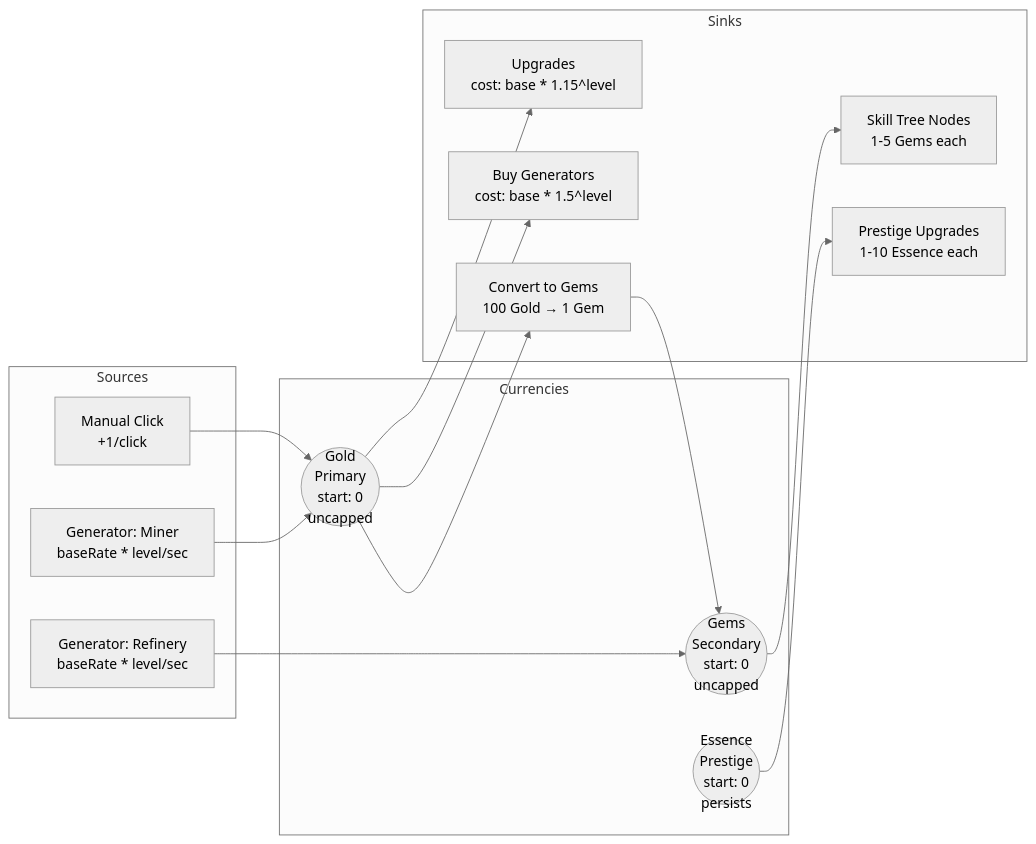
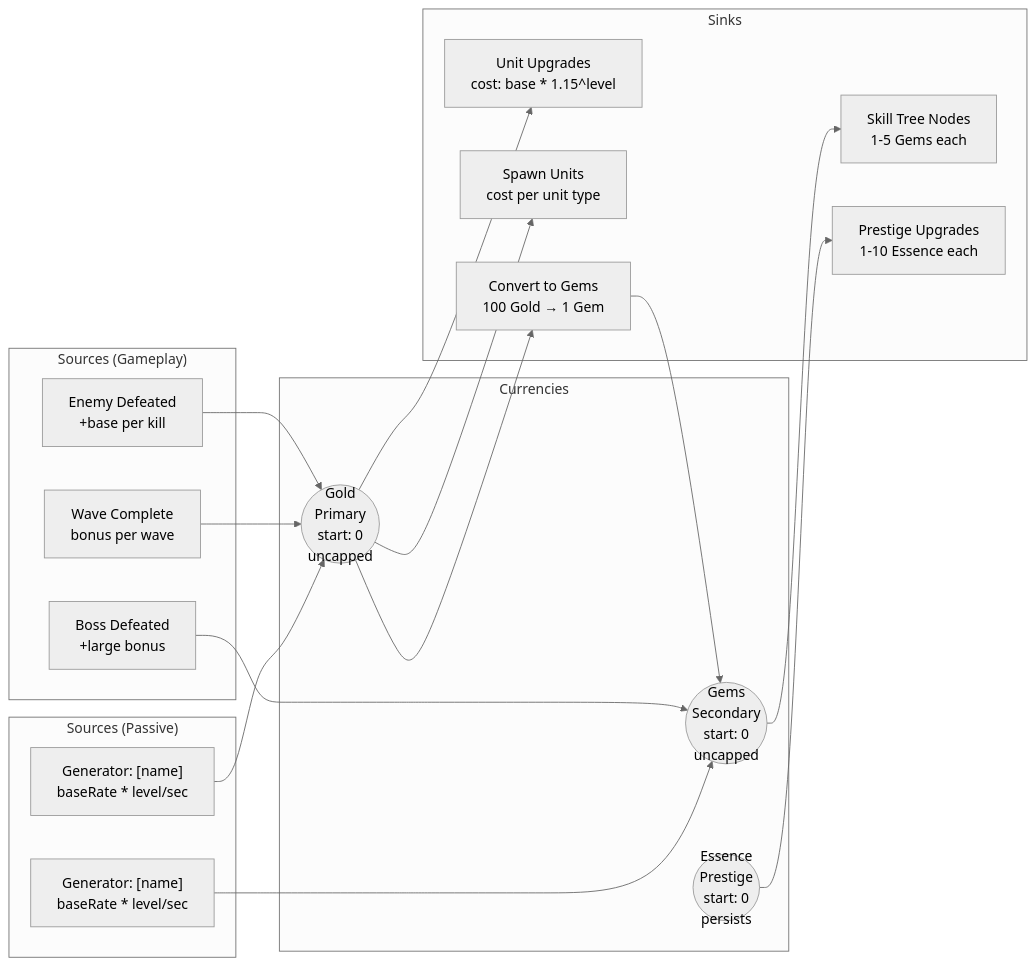
One commit to J-Gierend/gamePocGen changed the first of 5 diagrams in prompts/phase2-gdd/currencies.md. Above: the diagram before and after it, drawn with Mermaid (neutral theme). The commit also changed other lines of this file and 9 other files, not shown here.

````diff
--- a/prompts/phase2-gdd/currencies.md
+++ b/prompts/phase2-gdd/currencies.md
@@ -46,30 +50,36 @@
 ```mermaid
 flowchart LR
-    subgraph "Sources"
-        Click["Manual Click\n+1/click"]
-        Gen1["Generator: Miner\nbaseRate * level/sec"]
-        Gen2["Generator: Refinery\nbaseRate * level/sec"]
+    subgraph "Sources (Gameplay)"
+        EnemyKill["Enemy Defeated\n+base per kill"]
+        WaveComplete["Wave Complete\nbonus per wave"]
+        BossKill["Boss Defeated\n+large bonus"]
+    end
+    subgraph "Sources (Passive)"
+        Gen1["Generator: [name]\nbaseRate * level/sec"]
+        Gen2["Generator: [name]\nbaseRate * level/sec"]
     end
     subgraph "Currencies"
         Gold((Gold\nPrimary\nstart: 0\nuncapped))
         Gems((Gems\nSecondary\nstart: 0\nuncapped))
         Essence((Essence\nPrestige\nstart: 0\npersists))
     end
     subgraph "Sinks"
-        Upgrades["Upgrades\ncost: base * 1.15^level"]
-        Generators["Buy Generators\ncost: base * 1.5^level"]
+        Upgrades["Unit Upgrades\ncost: base * 1.15^level"]
+        Spawning["Spawn Units\ncost per unit type"]
         Convert["Convert to Gems\n100 Gold → 1 Gem"]
         SkillNodes["Skill Tree Nodes\n1-5 Gems each"]
         PrestigeUp["Prestige Upgrades\n1-10 Essence each"]
     end
 
-    Click --> Gold
+    EnemyKill --> Gold
+    WaveComplete --> Gold
+    BossKill --> Gems
     Gen1 --> Gold
     Gen2 --> Gems
     Gold --> Upgrades
-    Gold --> Generators
+    Gold --> Spawning
     Gold --> Convert
     Convert --> Gems
     Gems --> SkillNodes
     Essence --> PrestigeUp
 ```
````
